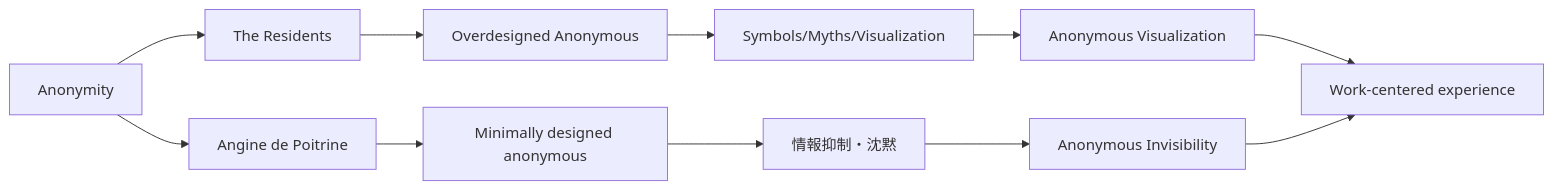
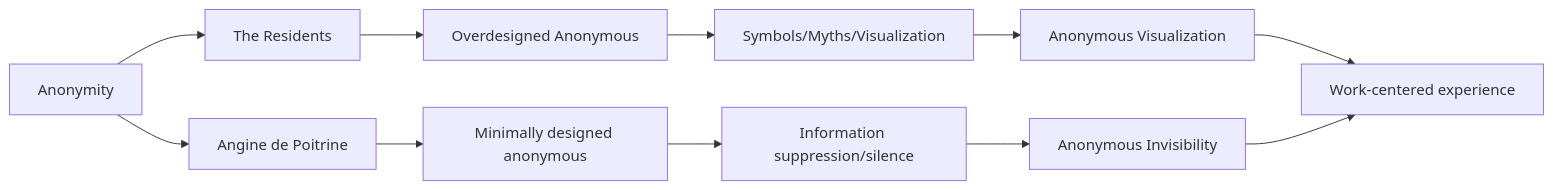
Before and after one commit to monumental-movement/monumental-movement.github.io: diagram 13 of 17 in en/_posts/2026-07-06-column-angine-de-poitrine-the-residents.md, drawn with Mermaid. The commit also changed other lines of this file and 851 other files, not shown here.

```diff
--- a/en/_posts/2026-07-06-column-angine-de-poitrine-the-residents.md
+++ b/en/_posts/2026-07-06-column-angine-de-poitrine-the-residents.md
@@ -1409,19 +1409,19 @@
 <div class="mermaid">
 flowchart LR
 
 A["Anonymity"]
 B["The Residents"]
 C["Overdesigned Anonymous"]
 D["Symbols/Myths/Visualization"]
 E["Anonymous Visualization"]
 
 F["Angine de Poitrine"]
 G["Minimally designed anonymous"]
-H["情報抑制・沈黙"]
+H["Information suppression/silence"]
 I["Anonymous Invisibility"]
 
 J["Work-centered experience"]
 
 A --> B --> C --> D --> E --> J
 A --> F --> G --> H --> I --> J
 </div>
```
